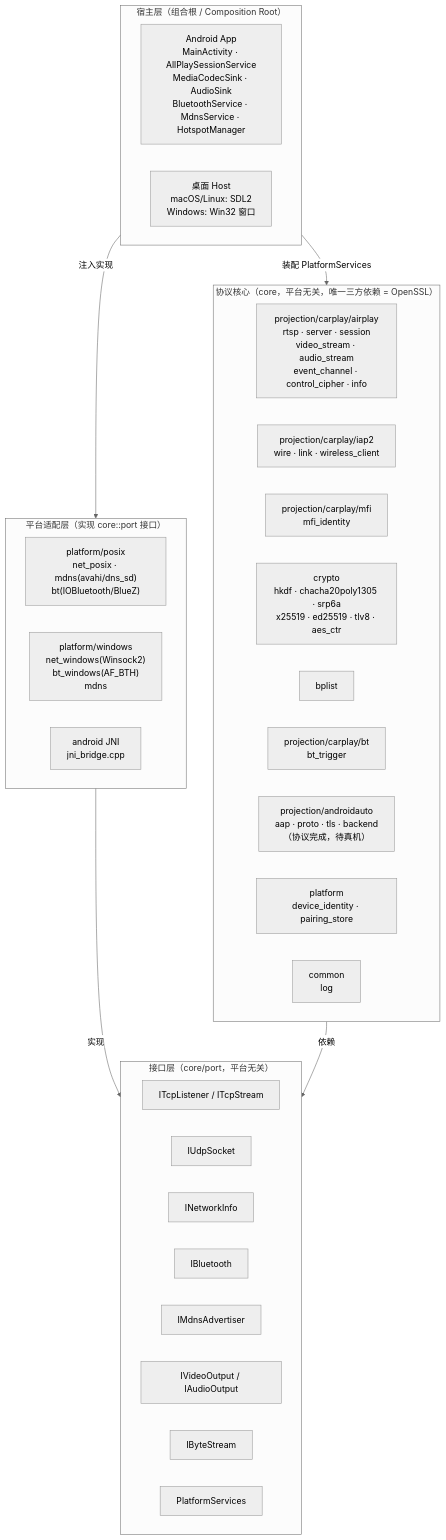
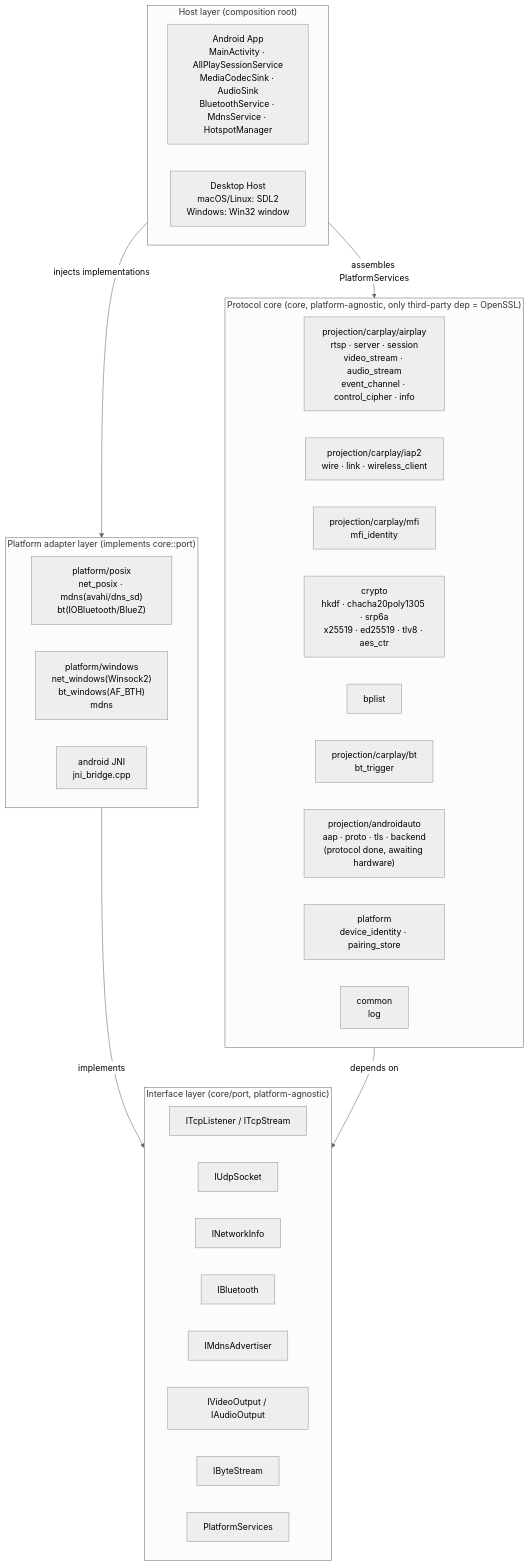
Before and after one commit to UnmetDecade/AllPlay: the first of 2 diagrams in README.md, drawn with Mermaid (neutral theme). The commit also changed other lines of this file and 1 other file, not shown here.

````diff
--- a/README.md
+++ b/README.md
@@ -104,45 +117,45 @@
 ```mermaid
 flowchart TB
-    subgraph HOST["宿主层（组合根 / Composition Root）"]
+    subgraph HOST["Host layer (composition root)"]
         direction LR
         ANDROID["Android App<br/>MainActivity · AllPlaySessionService<br/>MediaCodecSink · AudioSink<br/>BluetoothService · MdnsService · HotspotManager"]
-        DESKTOP["桌面 Host<br/>macOS/Linux: SDL2<br/>Windows: Win32 窗口"]
+        DESKTOP["Desktop Host<br/>macOS/Linux: SDL2<br/>Windows: Win32 window"]
     end
 
-    subgraph ADAPTER["平台适配层（实现 core::port 接口）"]
+    subgraph ADAPTER["Platform adapter layer (implements core::port)"]
         direction LR
         POSIX["platform/posix<br/>net_posix · mdns(avahi/dns_sd)<br/>bt(IOBluetooth/BlueZ)"]
         WIN["platform/windows<br/>net_windows(Winsock2)<br/>bt_windows(AF_BTH)<br/>mdns"]
         JNI["android JNI<br/>jni_bridge.cpp"]
     end
 
-    subgraph PORT["接口层（core/port，平台无关）"]
+    subgraph PORT["Interface layer (core/port, platform-agnostic)"]
         direction LR
         TCP["ITcpListener / ITcpStream"]
         UDP["IUdpSocket"]
         NET["INetworkInfo"]
         BT["IBluetooth"]
         MDNS["IMdnsAdvertiser"]
         MEDIA["IVideoOutput / IAudioOutput"]
         STREAM["IByteStream"]
         PS["PlatformServices"]
     end
 
-    subgraph CORE["协议核心（core，平台无关，唯一三方依赖 = OpenSSL）"]
+    subgraph CORE["Protocol core (core, platform-agnostic, only third-party dep = OpenSSL)"]
         direction LR
         AIRPLAY["projection/carplay/airplay<br/>rtsp · server · session<br/>video_stream · audio_stream<br/>event_channel · control_cipher · info"]
         IAP2["projection/carplay/iap2<br/>wire · link · wireless_client"]
         MFI["projection/carplay/mfi<br/>mfi_identity"]
         CRYPTO["crypto<br/>hkdf · chacha20poly1305 · srp6a<br/>x25519 · ed25519 · tlv8 · aes_ctr"]
         BPLIST["bplist"]
         BTTRIG["projection/carplay/bt<br/>bt_trigger"]
-        AA["projection/androidauto<br/>aap · proto · tls · backend<br/>（协议完成，待真机）"]
+        AA["projection/androidauto<br/>aap · proto · tls · backend<br/>(protocol done, awaiting hardware)"]
         IDENTITY["platform<br/>device_identity · pairing_store"]
         COMMON["common<br/>log"]
     end
 
-    HOST -->|注入实现| ADAPTER
-    ADAPTER -->|实现| PORT
-    CORE -->|依赖| PORT
-    HOST -->|装配 PlatformServices| CORE
+    HOST -->|injects implementations| ADAPTER
+    ADAPTER -->|implements| PORT
+    CORE -->|depends on| PORT
+    HOST -->|assembles PlatformServices| CORE
 ```
````
